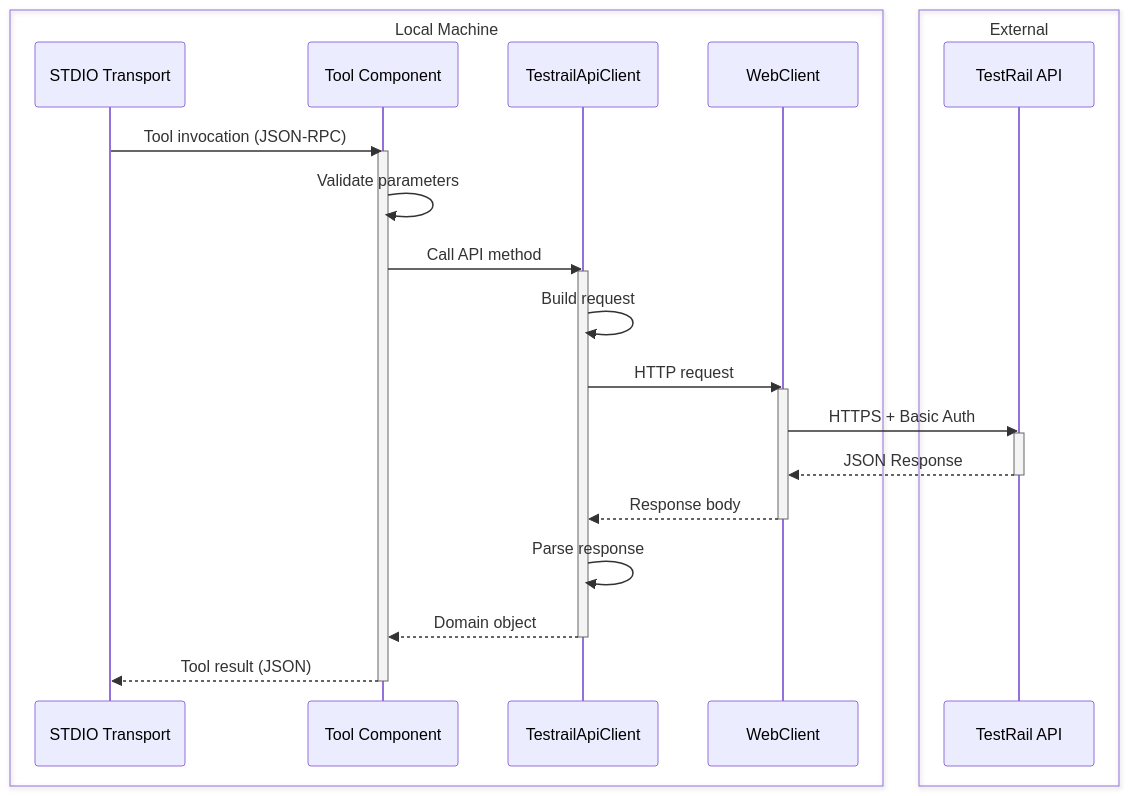
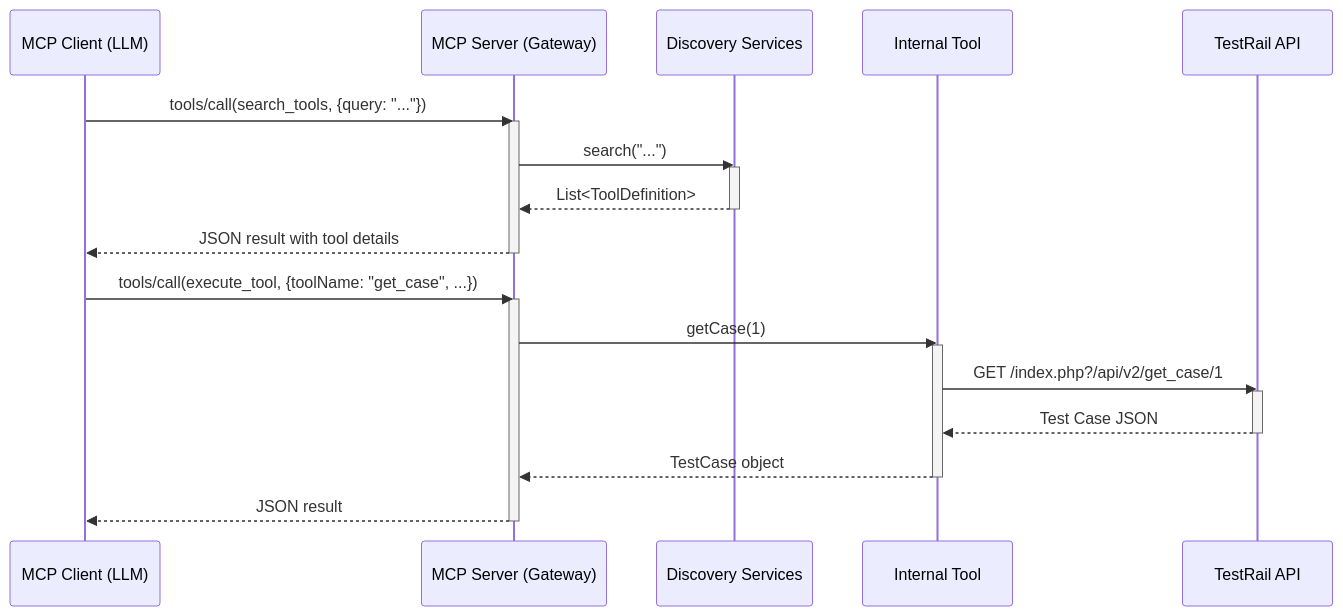
Before and after one commit to maheshyaddanapudi/testrail-mcp-server: the fourth of 13 diagrams in docs/ARCHITECTURE.md, drawn with Mermaid. The commit also changed other lines of this file and 3 other files, not shown here.

First line of the commit message:
docs: update documentation for 4-tool gateway pattern with dual discovery paths

````diff
--- a/docs/ARCHITECTURE.md
+++ b/docs/ARCHITECTURE.md
@@ -130,39 +202,30 @@
 ```mermaid
 sequenceDiagram
-    box Local Machine
-        participant STDIO as STDIO Transport
-        participant Tool as Tool Component
-        participant Client as TestrailApiClient
-        participant WC as WebClient
-    end
+    participant C as MCP Client (LLM)
+    participant S as MCP Server (Gateway)
+    participant D as Discovery Services
+    participant I as Internal Tool
+    participant T as TestRail API
 
-    box External
-        participant TR as TestRail API
-    end
+    C->>S: tools/call(search_tools, {query: "..."})
+    activate S
+    S->>D: search("...")
+    activate D
+    D-->>S: List<ToolDefinition>
+    deactivate D
+    S-->>C: JSON result with tool details
+    deactivate S
 
-    STDIO->>Tool: Tool invocation (JSON-RPC)
-    activate Tool
-
-    Tool->>Tool: Validate parameters
-    Tool->>Client: Call API method
-    activate Client
-
-    Client->>Client: Build request
-    Client->>WC: HTTP request
-    activate WC
-
-    WC->>TR: HTTPS + Basic Auth
-    activate TR
-    TR-->>WC: JSON Response
-    deactivate TR
-
-    WC-->>Client: Response body
-    deactivate WC
-
-    Client->>Client: Parse response
-    Client-->>Tool: Domain object
-    deactivate Client
-
-    Tool-->>STDIO: Tool result (JSON)
-    deactivate Tool
+    C->>S: tools/call(execute_tool, {toolName: "get_case", ...})
+    activate S
+    S->>I: getCase(1)
+    activate I
+    I->>T: GET /index.php?/api/v2/get_case/1
+    activate T
+    T-->>I: Test Case JSON
+    deactivate T
+    I-->>S: TestCase object
+    deactivate I
+    S-->>C: JSON result
+    deactivate S
 ```
````
